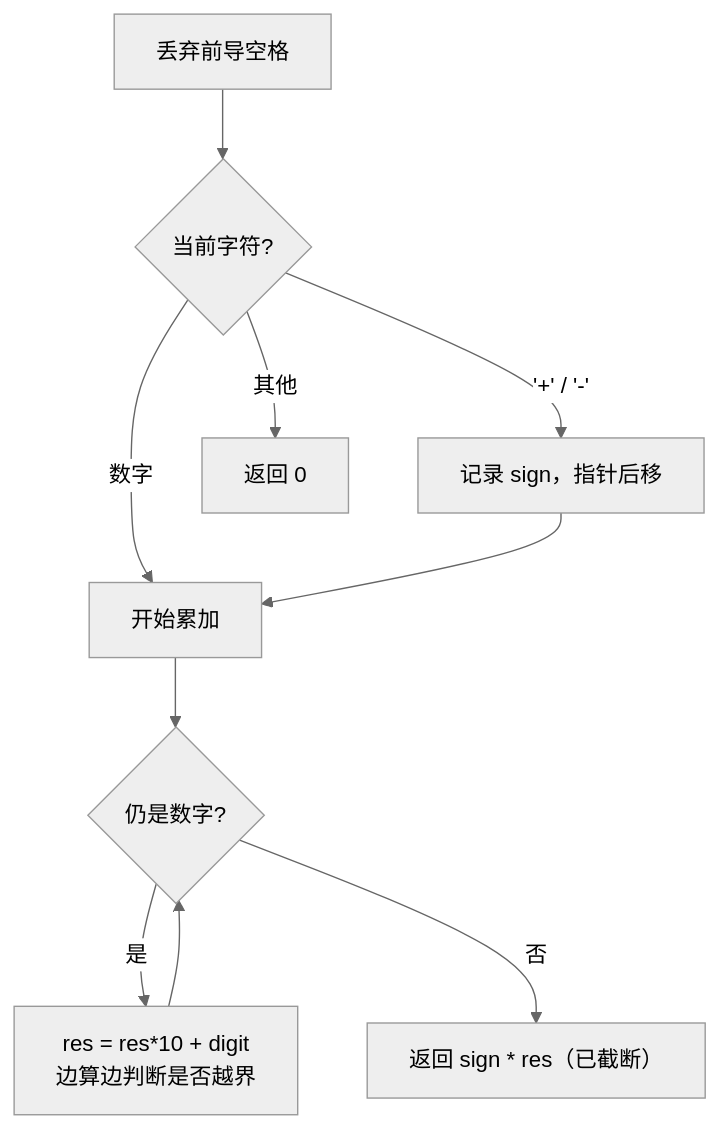
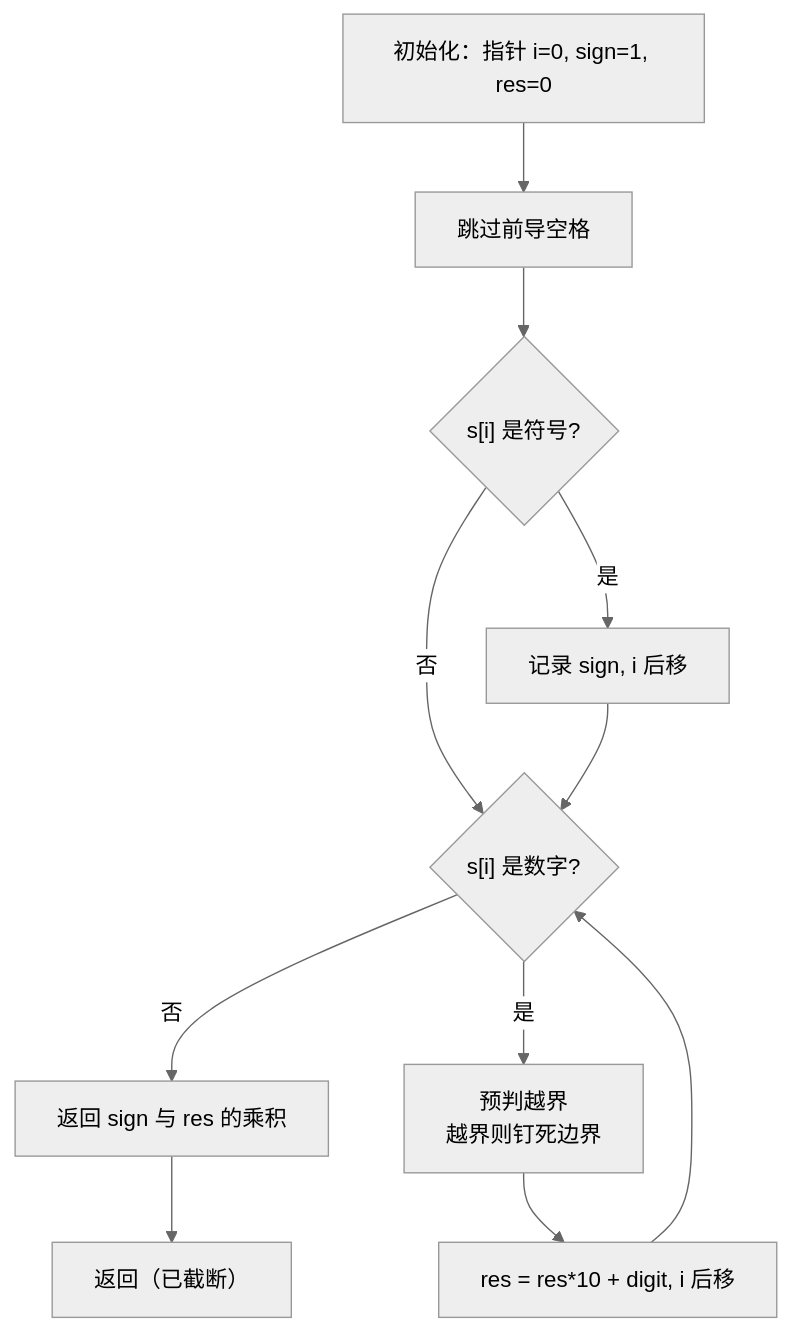
One commit to OctalZero/hot100-py changed the first of 2 diagrams in 19-大厂加餐/腾讯加餐/0008-字符串转换整数atoi.md. Above: the diagram before and after it, drawn with Mermaid (neutral theme). The commit also changed other lines of this file and 117 other files, not shown here.

First line of the commit message:
feat: 全题解配图升级为「动画式 mermaid」（总览骨架 + 横向时间线逐步推演）

````diff
--- a/19-大厂加餐/腾讯加餐/0008-字符串转换整数atoi.md
+++ b/19-大厂加餐/腾讯加餐/0008-字符串转换整数atoi.md
@@ -32,12 +32,13 @@
 ```mermaid
 flowchart TD
-    A["丢弃前导空格"] --> B{"当前字符?"}
-    B -- "'+' / '-'" --> C["记录 sign，指针后移"]
-    B -- "数字" --> D["开始累加"]
-    B -- "其他" --> E["返回 0"]
-    C --> D
-    D --> F{"仍是数字?"}
-    F -- "是" --> G["res = res*10 + digit<br/>边算边判断是否越界"]
-    G --> F
-    F -- "否" --> H["返回 sign * res（已截断）"]
+    A["初始化：指针 i=0, sign=1, res=0"] --> B["跳过前导空格"]
+    B --> C{"s[i] 是符号?"}
+    C -->|"是"| D["记录 sign, i 后移"]
+    C -->|"否"| E
+    D --> E{"s[i] 是数字?"}
+    E -->|"否"| H["返回 sign 与 res 的乘积"]
+    E -->|"是"| F["预判越界<br/>越界则钉死边界"]
+    F --> G["res = res*10 + digit, i 后移"]
+    G --> E
+    H --> I["返回（已截断）"]
 ```
````
